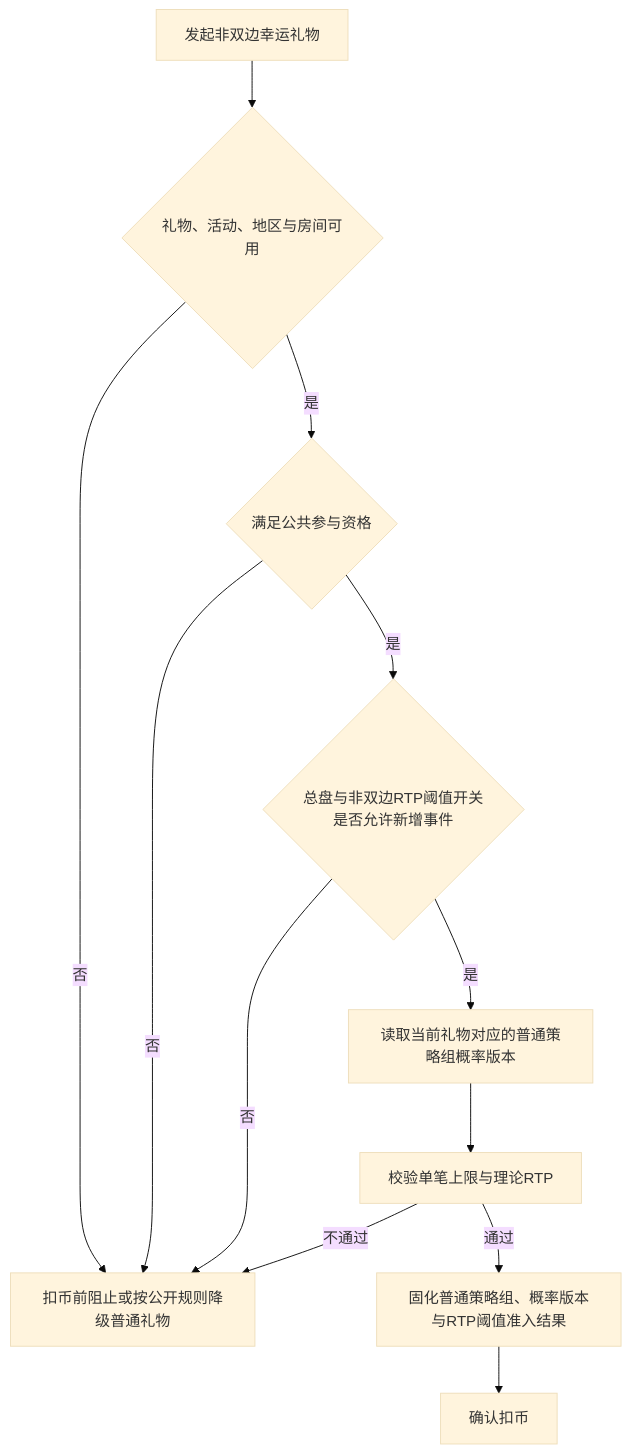
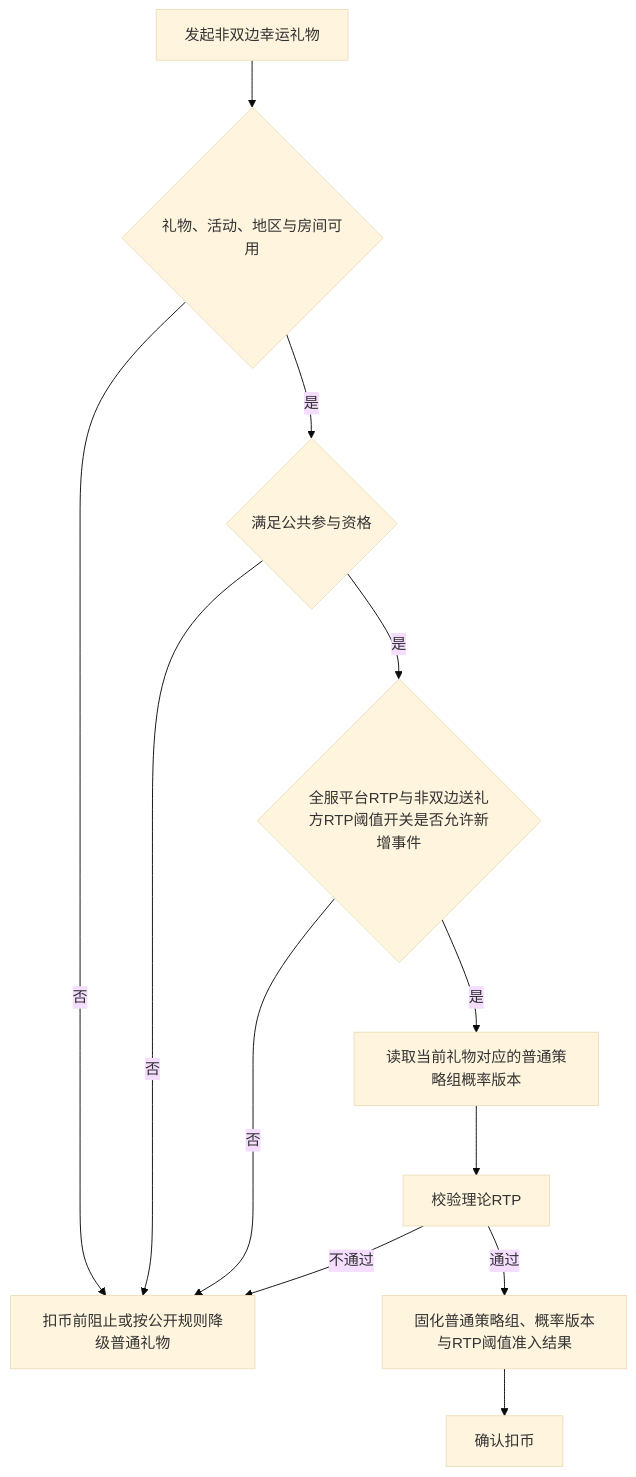
Before and after one commit to kocekid/LuckGift1.0: the fifth of 7 diagrams in 幸运礼物1.0_核心逻辑需求文档.md, drawn with Mermaid (base theme). The commit also changed other lines of this file and 2 other files, not shown here.

````diff
--- a/幸运礼物1.0_核心逻辑需求文档.md
+++ b/幸运礼物1.0_核心逻辑需求文档.md
@@ -311,14 +308,14 @@
 ```mermaid
 flowchart TD
     A[发起非双边幸运礼物] --> B{礼物、活动、地区与房间可用}
     B -->|否| C[扣币前阻止或按公开规则降级普通礼物]
     B -->|是| D{满足公共参与资格}
     D -->|否| C
-    D -->|是| E{总盘与非双边RTP阈值开关是否允许新增事件}
+    D -->|是| E{全服平台RTP与非双边送礼方RTP阈值开关是否允许新增事件}
     E -->|否| C
     E -->|是| F[读取当前礼物对应的普通策略组概率版本]
-    F --> G[校验单笔上限与理论RTP]
+    F --> G[校验理论RTP]
     G -->|通过| H[固化普通策略组、概率版本与RTP阈值准入结果]
     H --> I[确认扣币]
     G -->|不通过| C
 ```
````
